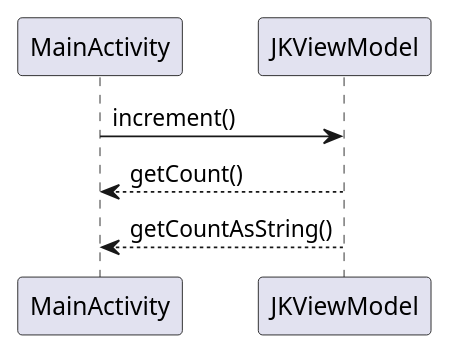
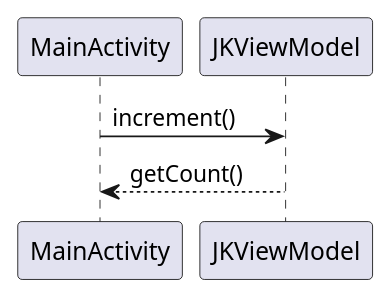
Before and after one commit to Foso/JKLiveDataExample: the diagram in app/src/main/java/LiveData.puml, drawn with PlantUML. The commit also changed 6 other files, not shown here.

```diff
--- a/app/src/main/java/LiveData.puml
+++ b/app/src/main/java/LiveData.puml
@@ -1,5 +1,4 @@
 @startuml
 MainActivity -> JKViewModel: increment()
 JKViewModel --> MainActivity: getCount()
-JKViewModel --> MainActivity: getCountAsString()
 @enduml
```
